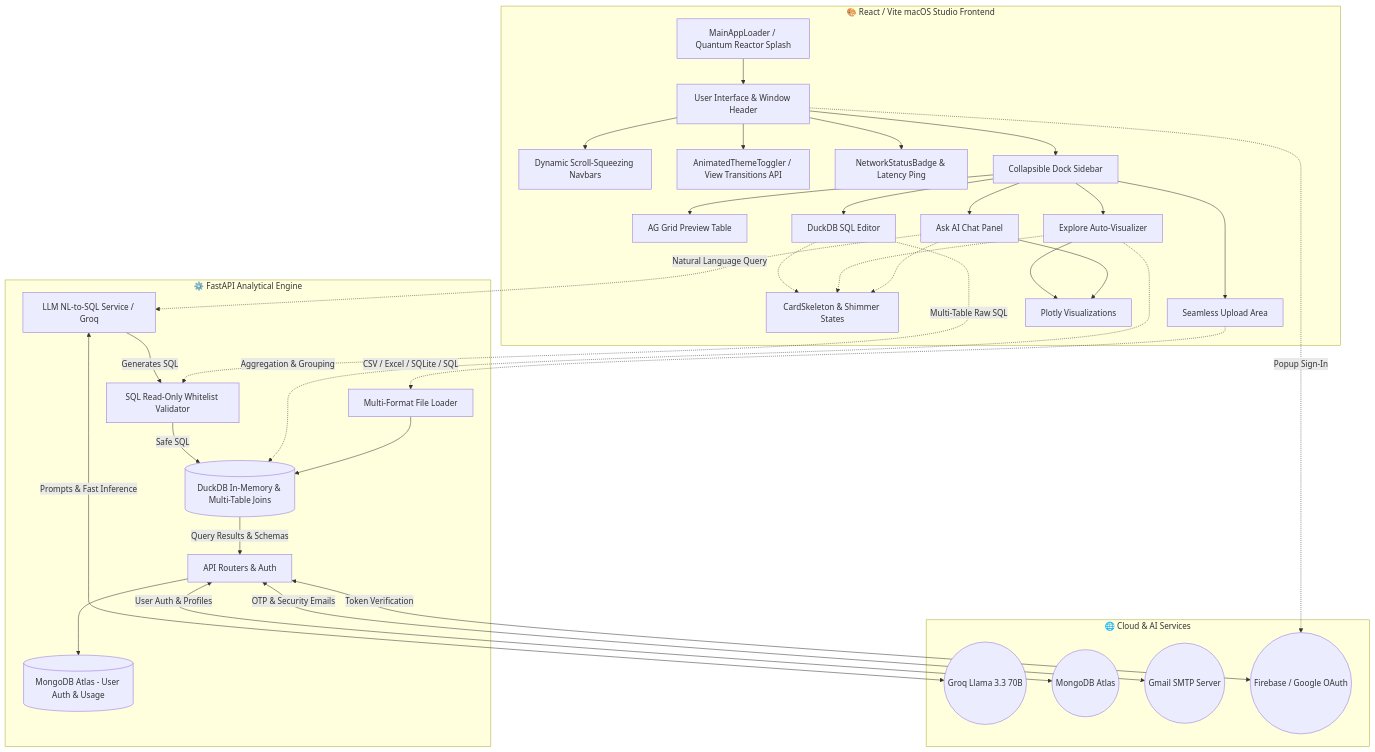
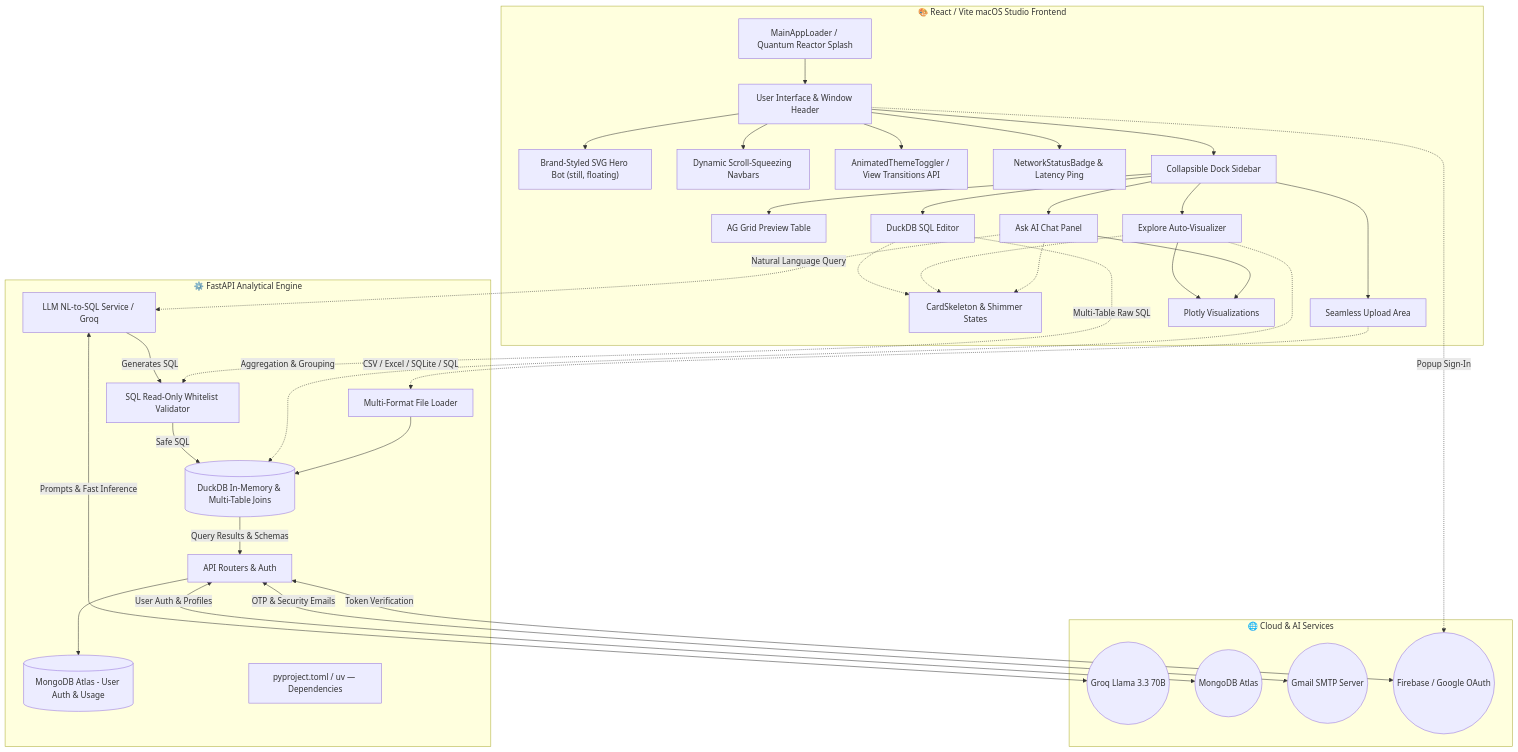
The diagram in ARCHITECTURE.md (pratikadamas/Ai-Data-Analysis), drawn with Mermaid before and after one commit. The commit also changed other lines of this file and 20 other files, not shown here.

First line of the commit message:
feat: brand-styled hero SVG, asset cleanup, docs update, uv support

````diff
--- a/ARCHITECTURE.md
+++ b/ARCHITECTURE.md
@@ -21,67 +21,70 @@
 ```mermaid
 graph TD
     subgraph Frontend [🎨 React / Vite macOS Studio Frontend]
         UI[User Interface & Window Header]
+        HeroBot["Brand-Styled SVG Hero Bot (still, floating)"]
         SplashLoader[MainAppLoader / Quantum Reactor Splash]
         ScrollNav[Dynamic Scroll-Squeezing Navbars]
         ThemeToggle[AnimatedThemeToggler / View Transitions API]
         NetBadge[NetworkStatusBadge & Latency Ping]
         Skeletons[CardSkeleton & Shimmer States]
         Sidebar[Collapsible Dock Sidebar]
         Upload[Seamless Upload Area]
         Preview[AG Grid Preview Table]
         Chat[Ask AI Chat Panel]
         Explore[Explore Auto-Visualizer]
         SQLEditor[DuckDB SQL Editor]
         Charts[Plotly Visualizations]
         
         SplashLoader --> UI
+        UI --> HeroBot
         UI --> ScrollNav
         UI --> ThemeToggle
         UI --> NetBadge
         UI --> Sidebar
         Sidebar --> Upload
         Sidebar --> Preview
         Sidebar --> Chat
         Sidebar --> Explore
         Sidebar --> SQLEditor
         Chat --> Charts
         Explore --> Charts
         Chat -.-> Skeletons
         Explore -.-> Skeletons
         SQLEditor -.-> Skeletons
     end
 
     subgraph Backend [⚙️ FastAPI Analytical Engine]
         API[API Routers & Auth]
         FileLoader[Multi-Format File Loader]
         LLM[LLM NL-to-SQL Service / Groq]
         SQLValid[SQL Read-Only Whitelist Validator]
         DuckDB[(DuckDB In-Memory & Multi-Table Joins)]
         MongoDB[(MongoDB Atlas - User Auth & Usage)]
+        PyProject[pyproject.toml / uv — Dependencies]
         
         Upload -.->|CSV / Excel / SQLite / SQL| FileLoader
         FileLoader --> DuckDB
         Chat -.->|Natural Language Query| LLM
         Explore -.->|Aggregation & Grouping| DuckDB
         SQLEditor -.->|Multi-Table Raw SQL| SQLValid
         
         API --> MongoDB
         LLM -->|Generates SQL| SQLValid
         SQLValid -->|Safe SQL| DuckDB
         DuckDB -->|Query Results & Schemas| API
     end
 
     subgraph External [🌐 Cloud & AI Services]
         GroqCloud((Groq Llama 3.3 70B))
         MongoCloud((MongoDB Atlas))
         SMTPServer((Gmail SMTP Server))
         FirebaseAuth((Firebase / Google OAuth))
     end
 
     LLM <-->|Prompts & Fast Inference| GroqCloud
     API <-->|User Auth & Profiles| MongoCloud
     API <-->|OTP & Security Emails| SMTPServer
     API <-->|Token Verification| FirebaseAuth
     UI -.->|Popup Sign-In| FirebaseAuth
 ```
````
